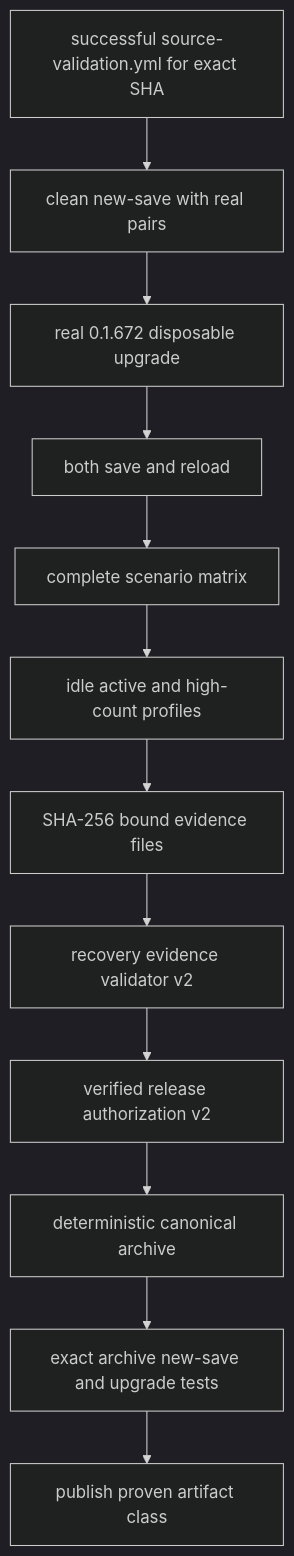
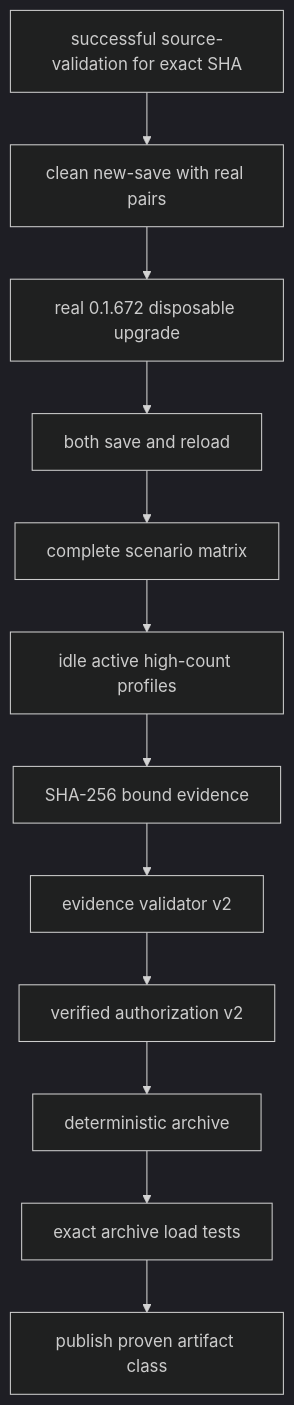
Before and after one commit to mrcalzon02/Tech-Priests: diagram 11 of 11 in docs/RECOVERY_AUTHORITY_MAP_CURRENT.md, drawn with Mermaid (dark theme). The commit also changed other lines of this file, not shown here.

````diff
--- a/docs/RECOVERY_AUTHORITY_MAP_CURRENT.md
+++ b/docs/RECOVERY_AUTHORITY_MAP_CURRENT.md
@@ -248,17 +246,16 @@
 ```mermaid
 flowchart TD
-    CI[successful source-validation.yml for exact SHA]
+    CI[successful source-validation for exact SHA]
     New[clean new-save with real pairs]
     Upgrade[real 0.1.672 disposable upgrade]
     Reload[both save and reload]
     Matrix[complete scenario matrix]
-    Profiles[idle active and high-count profiles]
-    Digests[SHA-256 bound evidence files]
-    Validator[recovery evidence validator v2]
-    Authorization[verified release authorization v2]
-    Package[deterministic canonical archive]
-    PackageTests[exact archive new-save and upgrade tests]
+    Profiles[idle active high-count profiles]
+    Digests[SHA-256 bound evidence]
+    Validator[evidence validator v2]
+    Authorization[verified authorization v2]
+    Package[deterministic archive]
+    PackageTests[exact archive load tests]
     Publish[publish proven artifact class]
-
     CI --> New --> Upgrade --> Reload --> Matrix --> Profiles --> Digests --> Validator --> Authorization --> Package --> PackageTests --> Publish
 ```
````
